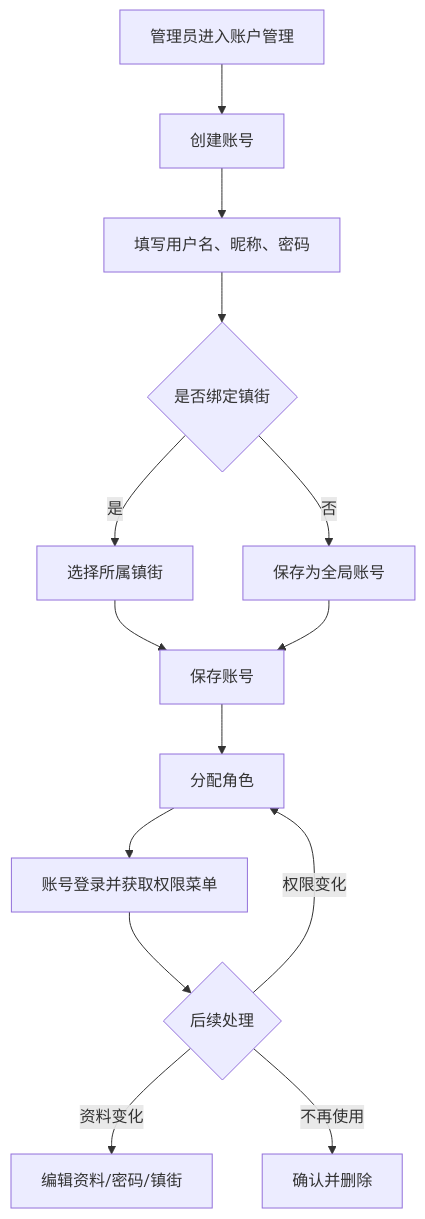
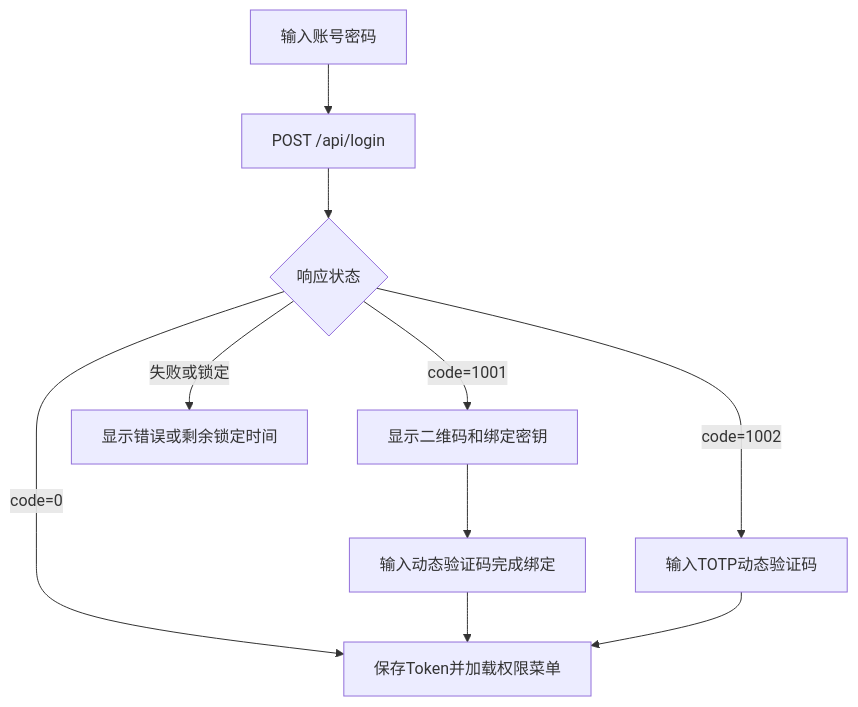
One commit to kongzhiao/tools-vue changed the first of 4 diagrams in docs/系统用户管理/业务流程图解.md. Above: the diagram before and after it, drawn with Mermaid. The commit also changed other lines of this file and 29 other files, not shown here.

````diff
--- a/docs/系统用户管理/业务流程图解.md
+++ b/docs/系统用户管理/业务流程图解.md
@@ -5,16 +5,12 @@
 ```mermaid
 flowchart TD
-    A["管理员进入账户管理"] --> B["创建账号"]
-    B --> C["填写用户名、昵称、密码"]
-    C --> D{"是否绑定镇街"}
-    D -- "是" --> E["选择所属镇街"]
-    D -- "否" --> F["保存为全局账号"]
-    E --> G["保存账号"]
-    F --> G
-    G --> H["分配角色"]
-    H --> I["账号登录并获取权限菜单"]
-    I --> J{"后续处理"}
-    J -- "资料变化" --> K["编辑资料/密码/镇街"]
-    J -- "权限变化" --> H
-    J -- "不再使用" --> L["确认并删除"]
+    A["输入账号密码"] --> B["POST /api/login"]
+    B --> C{"响应状态"}
+    C -- "code=0" --> D["保存Token并加载权限菜单"]
+    C -- "code=1001" --> E["显示二维码和绑定密钥"]
+    E --> F["输入动态验证码完成绑定"]
+    F --> D
+    C -- "code=1002" --> G["输入TOTP动态验证码"]
+    G --> D
+    C -- "失败或锁定" --> H["显示错误或剩余锁定时间"]
 ```
````
